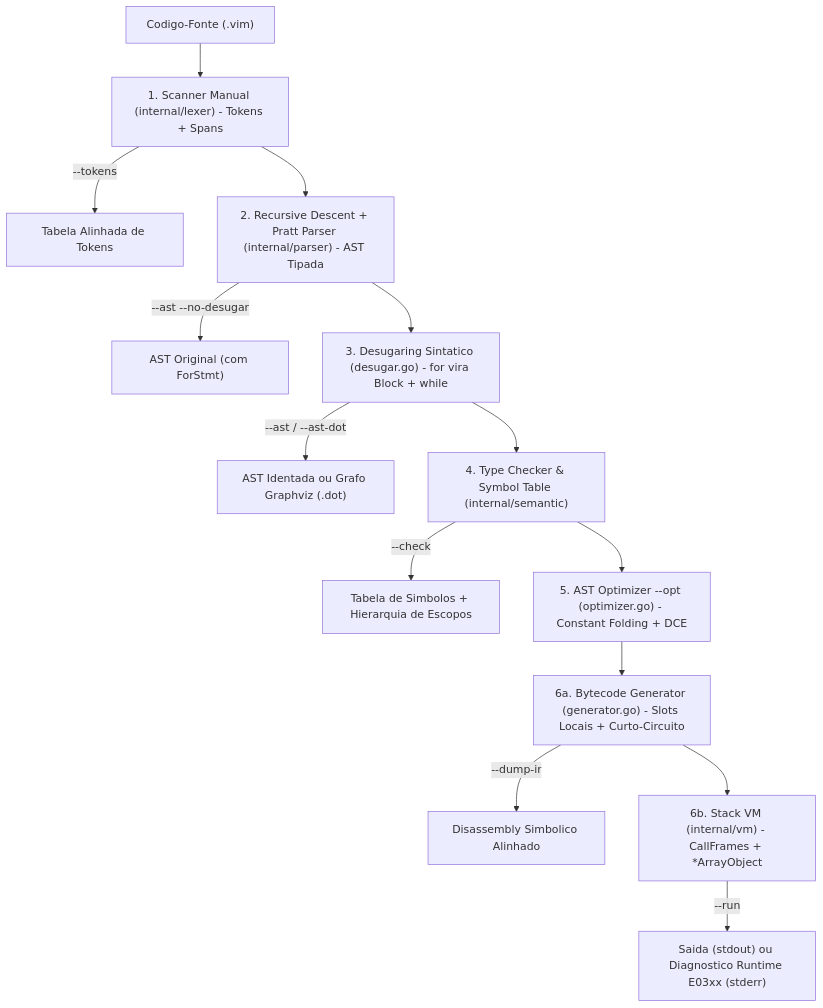
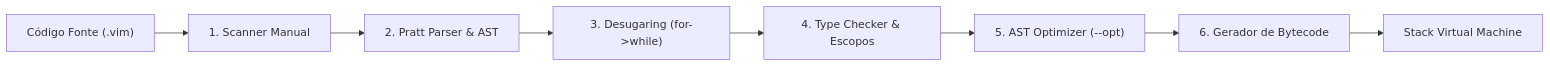
Before and after one commit to Marquitogit/compilador-vim: the diagram in README.md, drawn with Mermaid. The commit also changed other lines of this file, not shown here.

First line of the commit message:
docs: reformular documentacao para padrao profissional com badges e tabelas tecnicas

````diff
--- a/README.md
+++ b/README.md
@@ -27,16 +53,10 @@
 ```mermaid
-flowchart TD
-    SRC["Codigo-Fonte (.vim)"] --> S1["1. Scanner Manual (internal/lexer) - Tokens + Spans"]
-    S1 -->|"--tokens"| OUT_TOK["Tabela Alinhada de Tokens"]
-    S1 --> S2["2. Recursive Descent + Pratt Parser (internal/parser) - AST Tipada"]
-    S2 -->|"--ast --no-desugar"| OUT_RAW_AST["AST Original (com ForStmt)"]
-    S2 --> S3["3. Desugaring Sintatico (desugar.go) - for vira Block + while"]
-    S3 -->|"--ast / --ast-dot"| OUT_AST["AST Identada ou Grafo Graphviz (.dot)"]
-    S3 --> S4["4. Type Checker & Symbol Table (internal/semantic)"]
-    S4 -->|"--check"| OUT_SEM["Tabela de Simbolos + Hierarquia de Escopos"]
-    S4 --> S5["5. AST Optimizer --opt (optimizer.go) - Constant Folding + DCE"]
-    S5 --> S6A["6a. Bytecode Generator (generator.go) - Slots Locais + Curto-Circuito"]
-    S6A -->|"--dump-ir"| OUT_IR["Disassembly Simbolico Alinhado"]
-    S6A --> S6B["6b. Stack VM (internal/vm) - CallFrames + *ArrayObject"]
-    S6B -->|"--run"| OUT_VM["Saida (stdout) ou Diagnostico Runtime E03xx (stderr)"]
+flowchart LR
+    A["Código Fonte (.vim)"] --> B["1. Scanner Manual"]
+    B --> C["2. Pratt Parser & AST"]
+    C --> D["3. Desugaring (for->while)"]
+    D --> E["4. Type Checker & Escopos"]
+    E --> F["5. AST Optimizer (--opt)"]
+    F --> G["6. Gerador de Bytecode"]
+    G --> H["Stack Virtual Machine"]
 ```
````
